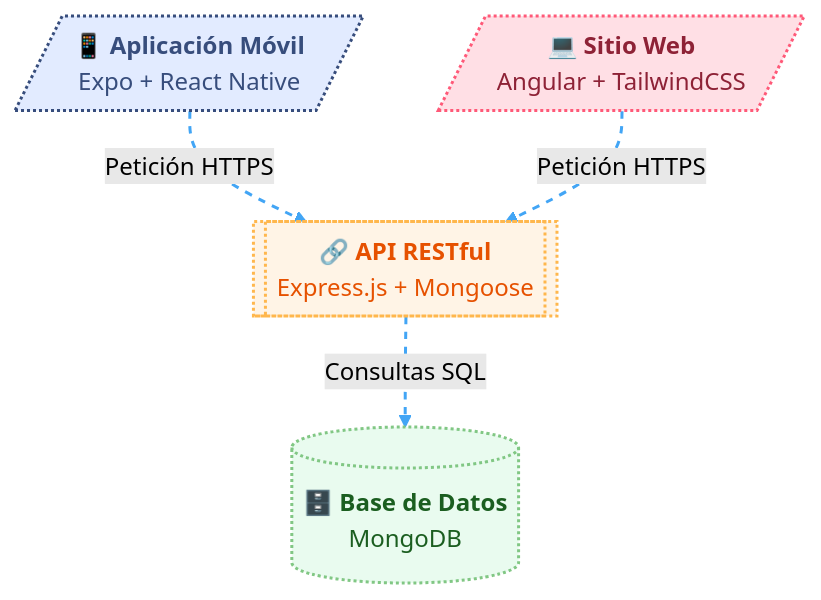
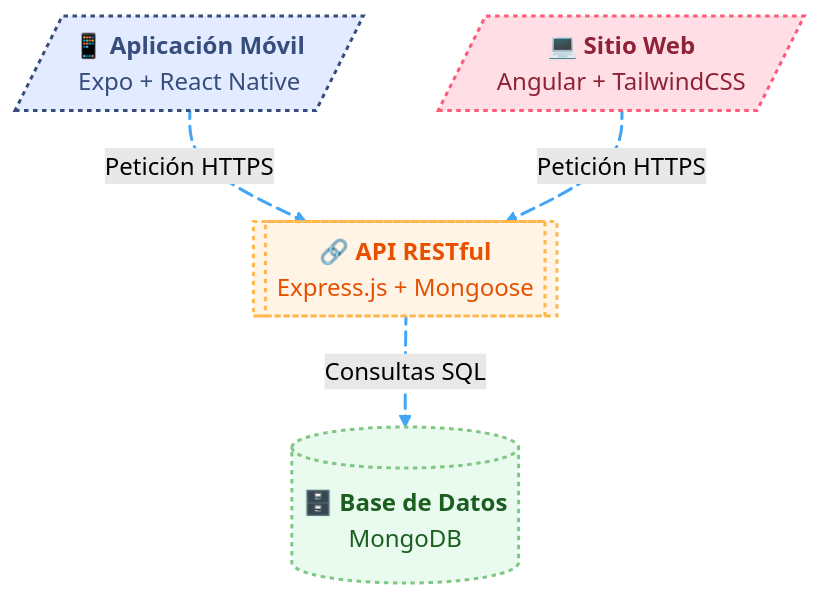
One commit to JohnMata0427/Mobile-App-Flor-y-Cera changed the diagram in README.md. Above: the diagram before and after it, drawn with Mermaid (forest theme). The commit also changed other lines of this file, not shown here.

````diff
--- a/README.md
+++ b/README.md
@@ -29,25 +26,24 @@
 ```mermaid
 flowchart TB
   APP@{ shape: lean-r, label: "📱 **Aplicación Móvil**<br/>Expo + React Native" }
   WEB@{ shape: lean-r, label: "💻 **Sitio Web**<br/>Angular + TailwindCSS" }
   API@{ shape: subproc, label: "🔗 **API RESTful**<br/>Express.js + Mongoose" }
   DB@{ shape: cylinder, label: "🗄️ **Base de Datos**<br/>MongoDB" }
 
-  APP -. Petición HTTPS .-> API
-  WEB -. Petición HTTPS .-> API
-  API -. Consultas SQL .-> DB
+  APP APP_API@-. Petición HTTPS .-> API
+  WEB WEB_API@-. Petición HTTPS .-> API
+  API API_DB@-. Consultas SQL .-> DB
 
-  APP:::application
-  WEB:::frontend
-  API:::backend
-  DB:::database
+  APP_API@{ animation: slow }
+  WEB_API@{ animation: slow }
+  API_DB@{ animation: slow }
 
-  classDef application stroke-width:2px,stroke:#374D7C,fill:#E2EBFF,color:#374D7C,stroke-dasharray: 2
-  classDef frontend stroke-width:2px,stroke:#FF5978,fill:#FFDFE5,color:#8E2236,stroke-dasharray: 2
-  classDef backend fill:#FFF4E6,stroke:#FFB74D,stroke-width:2px,color:#E65100,shadow,stroke-dasharray: 2
-  classDef database fill:#E9FBEF,stroke:#81C784,stroke-width:2px,color:#1B5E20,shadow,stroke-dasharray: 2
+  style APP fill:#E2EBFF,stroke:#374D7C,stroke-width:2px,color:#374D7C,shadow,stroke-dasharray:3
+  style WEB fill:#FFDFE5,stroke:#FF5978,stroke-width:2px,color:#8E2236,shadow,stroke-dasharray:3
+  style API fill:#FFF4E6,stroke:#FFB74D,stroke-width:2px,color:#E65100,shadow,stroke-dasharray:3
+  style DB fill:#E9FBEF,stroke:#81C784,stroke-width:2px,color:#1B5E20,shadow,stroke-dasharray:3
 
-  linkStyle 0 stroke:#42A5F5,stroke-width:2px,stroke-dasharray: 5 5
-  linkStyle 1 stroke:#42A5F5,stroke-width:2px,stroke-dasharray: 5 5
-  linkStyle 2 stroke:#42A5F5,stroke-width:2px,stroke-dasharray: 5 5
+  linkStyle 0 stroke:#42A5F5,stroke-width:2px,stroke-dasharray:5
+  linkStyle 1 stroke:#42A5F5,stroke-width:2px,stroke-dasharray:5
+  linkStyle 2 stroke:#42A5F5,stroke-width:2px,stroke-dasharray:5
 ```
````
